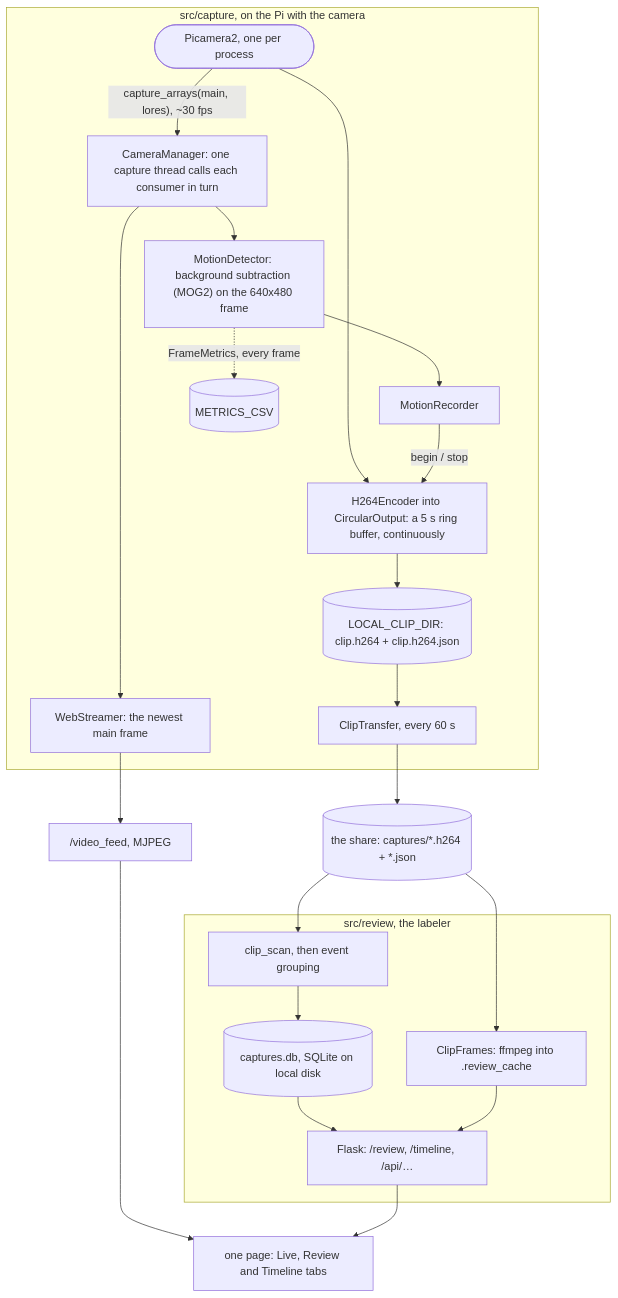
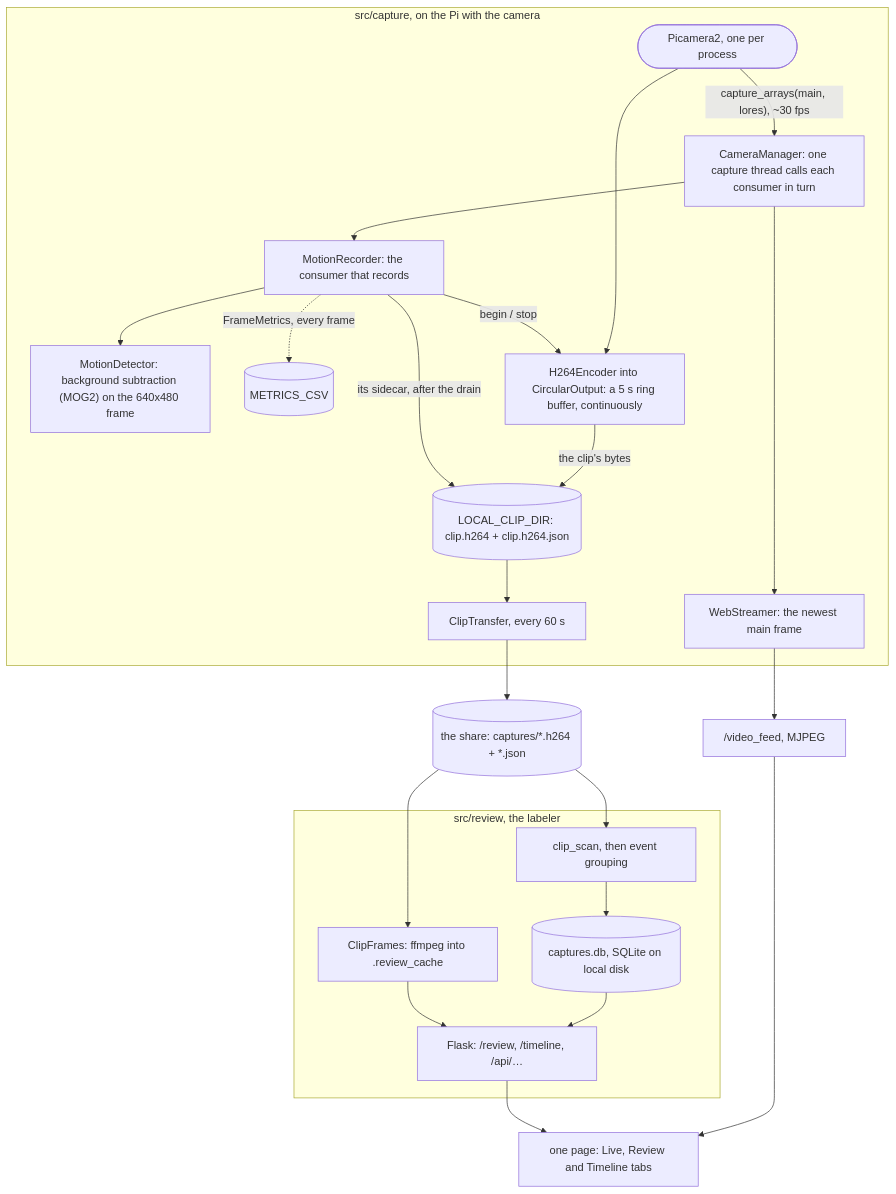
One commit to Thinmindt/CatDetector changed the first of 6 diagrams in docs/DESIGN.md. Above: the diagram before and after it, drawn with Mermaid. The commit also changed other lines of this file and 9 other files, not shown here.

````diff
--- a/docs/DESIGN.md
+++ b/docs/DESIGN.md
@@ -43,27 +45,28 @@
 ```mermaid
 flowchart TB
   subgraph capture["src/capture, on the Pi with the camera"]
     cam(["Picamera2, one per process"])
     cam -- "capture_arrays(main, lores), ~30 fps" --> fan["CameraManager: one capture thread calls each consumer in turn"]
-    fan --> det["MotionDetector: background subtraction (MOG2) on the 640x480 frame"]
+    fan --> rec["MotionRecorder: the consumer that records"]
     fan --> web["WebStreamer: the newest main frame"]
-    det --> rec["MotionRecorder"]
-    det -. "FrameMetrics, every frame" .-> csv[("METRICS_CSV")]
+    rec --> det["MotionDetector: background subtraction (MOG2) on the 640x480 frame"]
+    rec -. "FrameMetrics, every frame" .-> csv[("METRICS_CSV")]
     cam --> ring["H264Encoder into CircularOutput: a 5 s ring buffer, continuously"]
     rec -- "begin / stop" --> ring
-    ring --> local[("LOCAL_CLIP_DIR: clip.h264 + clip.h264.json")]
+    ring -- "the clip's bytes" --> local[("LOCAL_CLIP_DIR: clip.h264 + clip.h264.json")]
+    rec -- "its sidecar, after the drain" --> local
     local --> ship["ClipTransfer, every 60 s"]
   end
   ship --> share[("the share: captures/*.h264 + *.json")]
   subgraph review["src/review, the labeler"]
     scan["clip_scan, then event grouping"] --> db[("captures.db, SQLite on local disk")]
     ff["ClipFrames: ffmpeg into .review_cache"]
     db --> api["Flask: /review, /timeline, /api/…"]
     ff --> api
   end
   share --> scan
   share --> ff
   web --> live["/video_feed, MJPEG"]
   live --> page["one page: Live, Review and Timeline tabs"]
   api --> page
 ```
````
